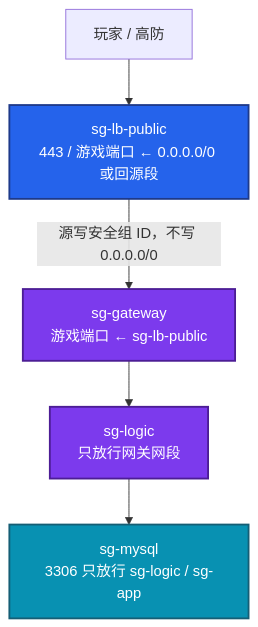
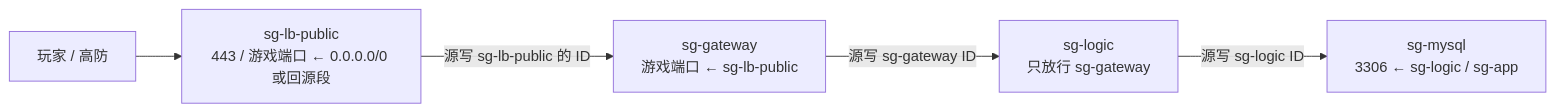
One commit to ml-cuizijun/LearnToLilith changed the fifth of 11 diagrams in 06-云平台/01-云网络与安全/知识点.md. Above: the diagram before and after it, drawn with Mermaid. The commit also changed other lines of this file and 470 other files, not shown here.

````diff
--- a/06-云平台/01-云网络与安全/知识点.md
+++ b/06-云平台/01-云网络与安全/知识点.md
@@ -336,14 +156,7 @@
 ```mermaid
-flowchart TB
-    player[玩家 / 高防] --> sglb["sg-lb-public<br/>443 / 游戏端口 ← 0.0.0.0/0 或回源段"]
-    sglb -->|"源写安全组 ID，不写 0.0.0.0/0"| sggw["sg-gateway<br/>游戏端口 ← sg-lb-public"]
-    sggw --> sglogic["sg-logic<br/>只放行网关网段"]
-    sglogic --> sgdb["sg-mysql<br/>3306 只放行 sg-logic / sg-app"]
-
-    classDef edge fill:#2563EB,stroke:#1E3A8A,stroke-width:2px,color:#fff
-    classDef app fill:#7C3AED,stroke:#4C1D95,stroke-width:2px,color:#fff
-    classDef data fill:#0891B2,stroke:#155E75,stroke-width:2px,color:#fff
-    class sglb edge
-    class sggw,sglogic app
-    class sgdb data
+flowchart LR
+    PLAYER["玩家 / 高防"] --> SGLB["sg-lb-public<br/>443 / 游戏端口 ← 0.0.0.0/0 或回源段"]
+    SGLB -->|"源写 sg-lb-public 的 ID"| SGGW["sg-gateway<br/>游戏端口 ← sg-lb-public"]
+    SGGW -->|"源写 sg-gateway ID"| SGLOGIC["sg-logic<br/>只放行 sg-gateway"]
+    SGLOGIC -->|"源写 sg-logic ID"| SGDB["sg-mysql<br/>3306 ← sg-logic / sg-app"]
 ```
````
